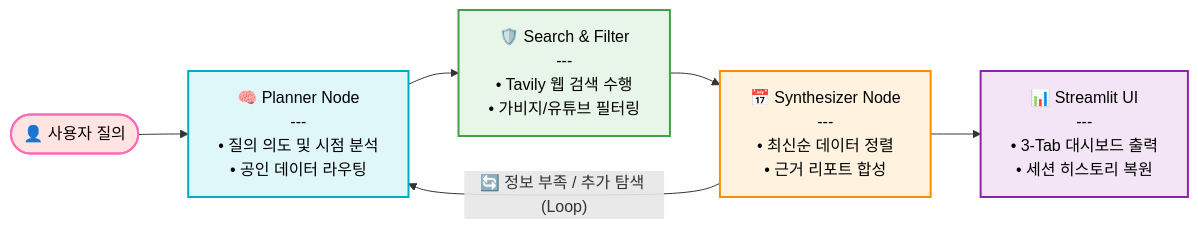
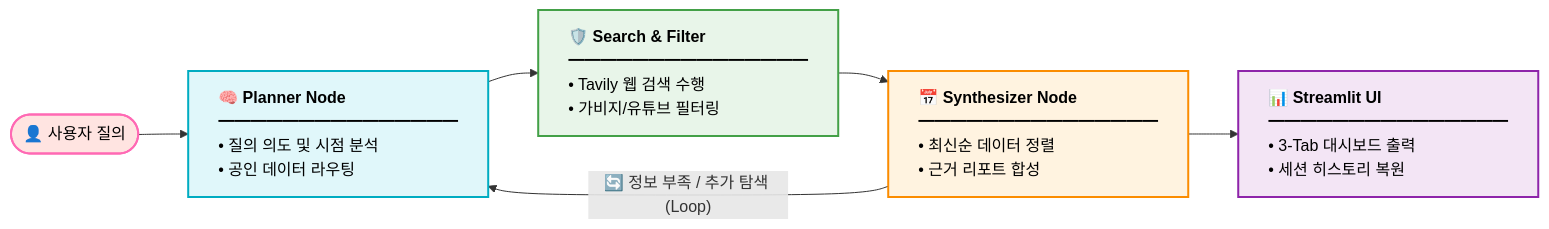
Before and after one commit to sbg990530/Document-Agent: the diagram in README.md, drawn with Mermaid.

````diff
--- a/README.md
+++ b/README.md
@@ -19,39 +19,27 @@
 ```mermaid
 graph LR
     classDef userStyle fill:#FFE4E1,stroke:#FF69B4,stroke-width:2px,color:#000;
     classDef plannerStyle fill:#E0F7FA,stroke:#00ACC1,stroke-width:2px,color:#000;
     classDef filterStyle fill:#E8F5E9,stroke:#43A047,stroke-width:2px,color:#000;
     classDef synthStyle fill:#FFF3E0,stroke:#FB8C00,stroke-width:2px,color:#000;
     classDef uiStyle fill:#F3E5F5,stroke:#8E24AA,stroke-width:2px,color:#000;
 
     A([👤 사용자 질의]):::userStyle 
     
-    B["🧠 Planner Node
-    ---
-    • 질의 의도 및 시점 분석
-    • 공인 데이터 라우팅"]:::plannerStyle
+    B["<div style='text-align: left;'><b>🧠 Planner Node</b><br/>━━━━━━━━━━━━━━━<br/>• 질의 의도 및 시점 분석<br/>• 공인 데이터 라우팅</div>"]:::plannerStyle
     
-    C["🛡️ Search & Filter
-    ---
-    • Tavily 웹 검색 수행
-    • 가비지/유튜브 필터링"]:::filterStyle
+    C["<div style='text-align: left;'><b>🛡️ Search & Filter</b><br/>━━━━━━━━━━━━━━━<br/>• Tavily 웹 검색 수행<br/>• 가비지/유튜브 필터링</div>"]:::filterStyle
     
-    D["📅 Synthesizer Node
-    ---
-    • 최신순 데이터 정렬
-    • 근거 리포트 합성"]:::synthStyle
+    D["<div style='text-align: left;'><b>📅 Synthesizer Node</b><br/>━━━━━━━━━━━━━━━<br/>• 최신순 데이터 정렬<br/>• 근거 리포트 합성</div>"]:::synthStyle
     
-    E["📊 Streamlit UI
-    ---
-    • 3-Tab 대시보드 출력
-    • 세션 히스토리 복원"]:::uiStyle
+    E["<div style='text-align: left;'><b>📊 Streamlit UI</b><br/>━━━━━━━━━━━━━━━<br/>• 3-Tab 대시보드 출력<br/>• 세션 히스토리 복원</div>"]:::uiStyle
 
     %% 정방향 파이프라인 흐름
     A --> B
     B --> C
     C --> D
     D --> E
     
     %% LangGraph 피드백 루프
     D -- "🔄 정보 부족 / 추가 탐색 (Loop)" --> B
 ```
````
